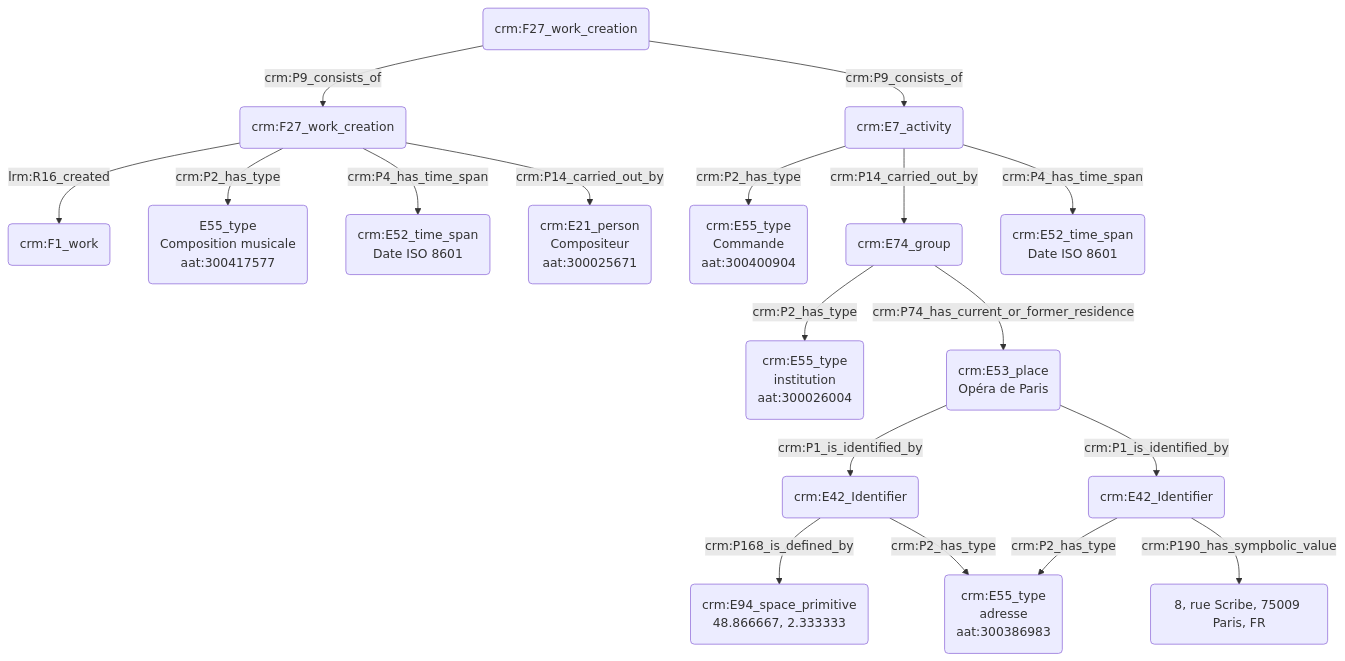
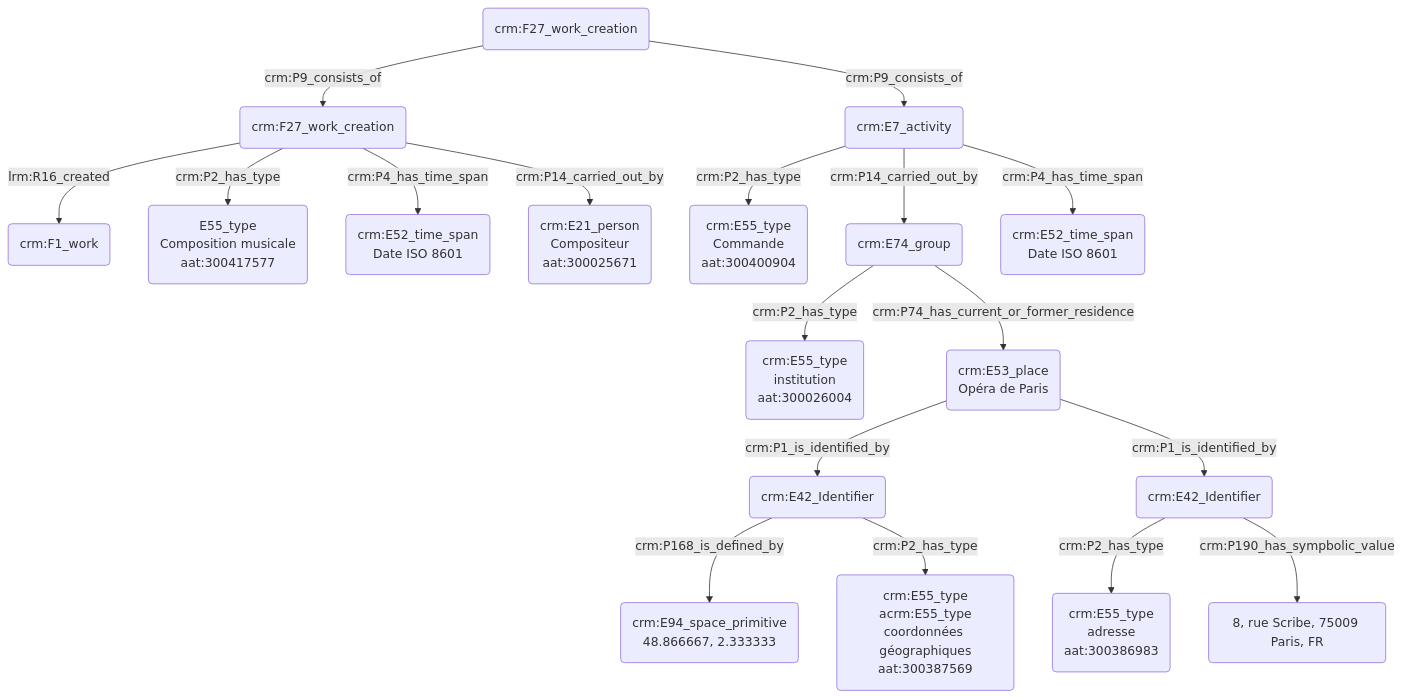
Before and after one commit to Amleth/consortium-musica2-gt2-ontologies: the diagram in modules/livrables/Dossier 2/Indexation conceptuelle/commanditaire d'une œuvre.md, drawn with Mermaid.

Commit message:
Update commanditaire d'une œuvre.md

````diff
--- a/modules/livrables/Dossier 2/Indexation conceptuelle/commanditaire d'une œuvre.md
+++ b/modules/livrables/Dossier 2/Indexation conceptuelle/commanditaire d'une œuvre.md
@@ -17,27 +17,27 @@
 ```mermaid
 graph TD;
 
 M(crm:F27_work_creation) --> |crm:P9_consists_of| A(crm:F27_work_creation)
 M(crm:F27_work_creation) --> |crm:P9_consists_of| C(crm:E7_activity)
 
 A(crm:F27_work_creation) --> |lrm:R16_created| B(crm:F1_work)
 A(crm:F27_work_creation) --> |crm:P2_has_type| N(E55_type<br>Composition musicale<br>aat:300417577)
 A(crm:F27_work_creation) --> |crm:P4_has_time_span| J(crm:E52_time_span<br>Date ISO 8601)
 A(crm:F27_work_creation) --> |crm:P14_carried_out_by| L(crm:E21_person<br>Compositeur<br>aat:300025671)
 
 C(crm:E7_activity) --> |crm:P2_has_type| D(crm:E55_type<br>Commande<br>aat:300400904)
 C(crm:E7_activity) --> |crm:P14_carried_out_by| E(crm:E74_group)
 C(crm:E7_activity) --> |crm:P4_has_time_span| K(crm:E52_time_span<br>Date ISO 8601)
 E(crm:E74_group) -->|crm:P2_has_type| F(crm:E55_type<br>institution<br>aat:300026004)
 E(crm:E74_group) --> |crm:P74_has_current_or_former_residence| I(crm:E53_place<br>Opéra de Paris)
 I(crm:E53_place<br>Opéra de Paris) --> |crm:P1_is_identified_by| V(crm:E42_Identifier)
 V(crm:E42_Identifier) --> |crm:P168_is_defined_by| G(crm:E94_space_primitive<br>48.866667, 2.333333)
-V(crm:E42_Identifier) --> |crm:P2_has_type| T(crm:E55_type<br>acrm:E55_type<br>coordonnées géographiques<br>aat:300387569)
+V(crm:E42_Identifier) --> |crm:P2_has_type| W(crm:E55_type<br>acrm:E55_type<br>coordonnées géographiques<br>aat:300387569)
 
 I(crm:E53_place<br>Opéra de Paris) --> |crm:P1_is_identified_by| S(crm:E42_Identifier<br>Quai François Mauriac, 75706 Paris)
 S(crm:E42_Identifier) --> |crm:P2_has_type| T(crm:E55_type<br>adresse<br>aat:300386983)
 S(crm:E42_Identifier) --> |crm:P190_has_sympbolic_value| U(8, rue Scribe, 75009 Paris, FR)
 
 
 
 ```
````
